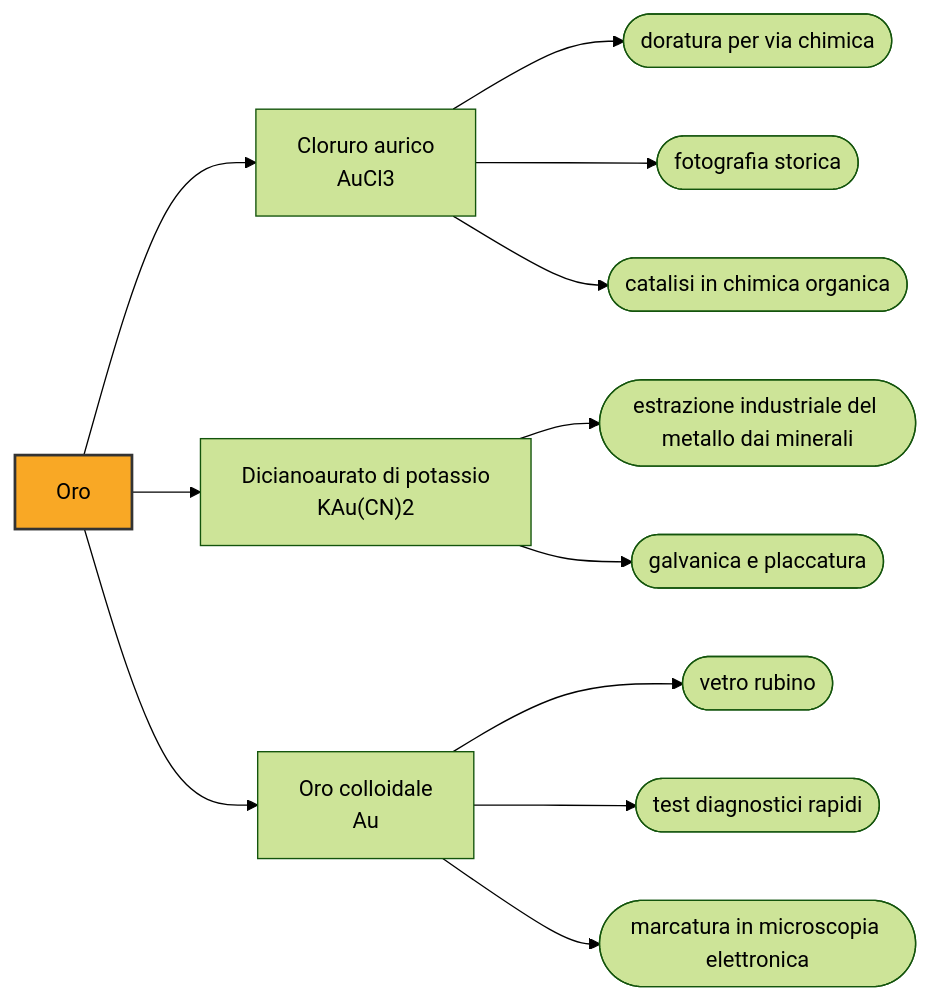
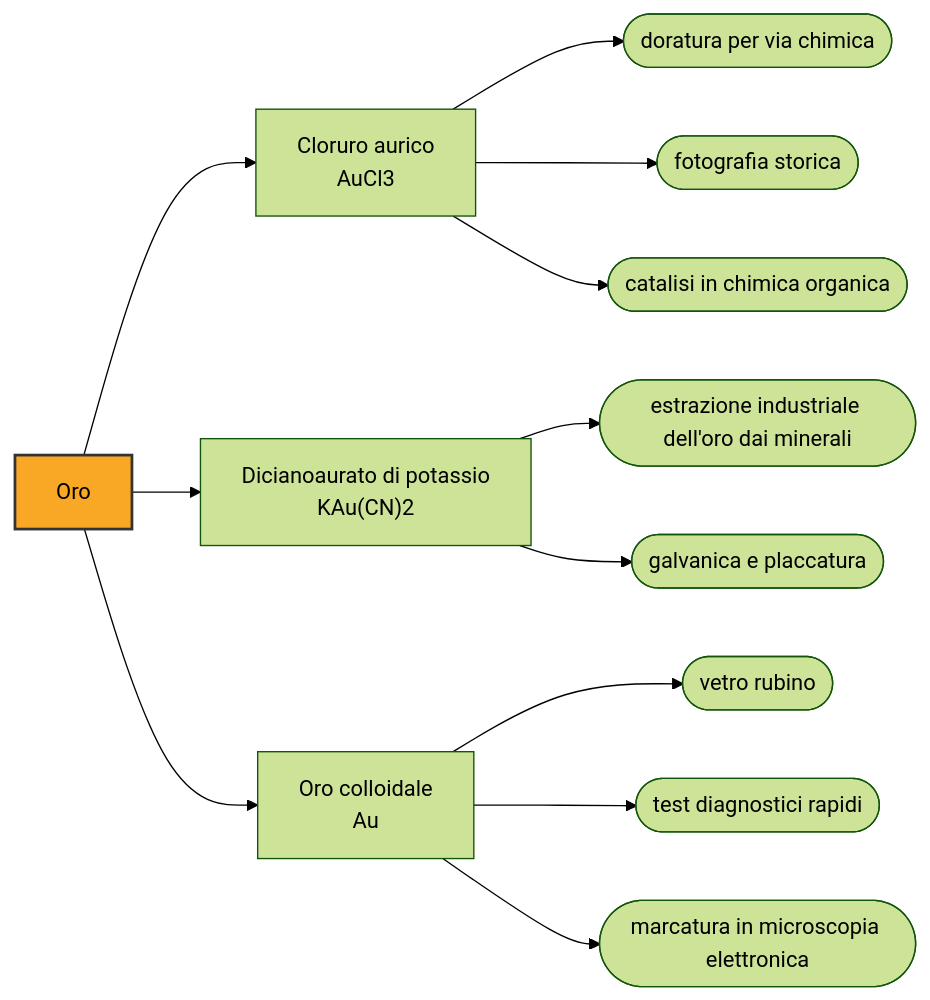
Before and after one commit to gianlucaciarcelluti/elements-caos: the third of 3 diagrams in vault/Elementi/Oro.md, drawn with Mermaid (forest theme). The commit also changed other lines of this file and 16 other files, not shown here.

First line of the commit message:
fix: l'apostrofo resta nelle etichette Mermaid, e altre due correzioni di resa

````diff
--- a/vault/Elementi/Oro.md
+++ b/vault/Elementi/Oro.md
@@ -99,27 +99,27 @@
 ```mermaid
 flowchart LR
     E["Oro"]
     C1["Cloruro aurico<br/>AuCl3"]
     E --> C1
     U1(["doratura per via chimica"])
     C1 --> U1
     U2(["fotografia storica"])
     C1 --> U2
     U3(["catalisi in chimica organica"])
     C1 --> U3
     C2["Dicianoaurato di potassio<br/>KAu(CN)2"]
     E --> C2
-    U4(["estrazione industriale del metallo dai minerali"])
+    U4(["estrazione industriale dell'oro dai minerali"])
     C2 --> U4
     U5(["galvanica e placcatura"])
     C2 --> U5
     C3["Oro colloidale<br/>Au"]
     E --> C3
     U6(["vetro rubino"])
     C3 --> U6
     U7(["test diagnostici rapidi"])
     C3 --> U7
     U8(["marcatura in microscopia elettronica"])
     C3 --> U8
     style E fill:#f9a825,stroke:#333,stroke-width:2px
 ```
````
